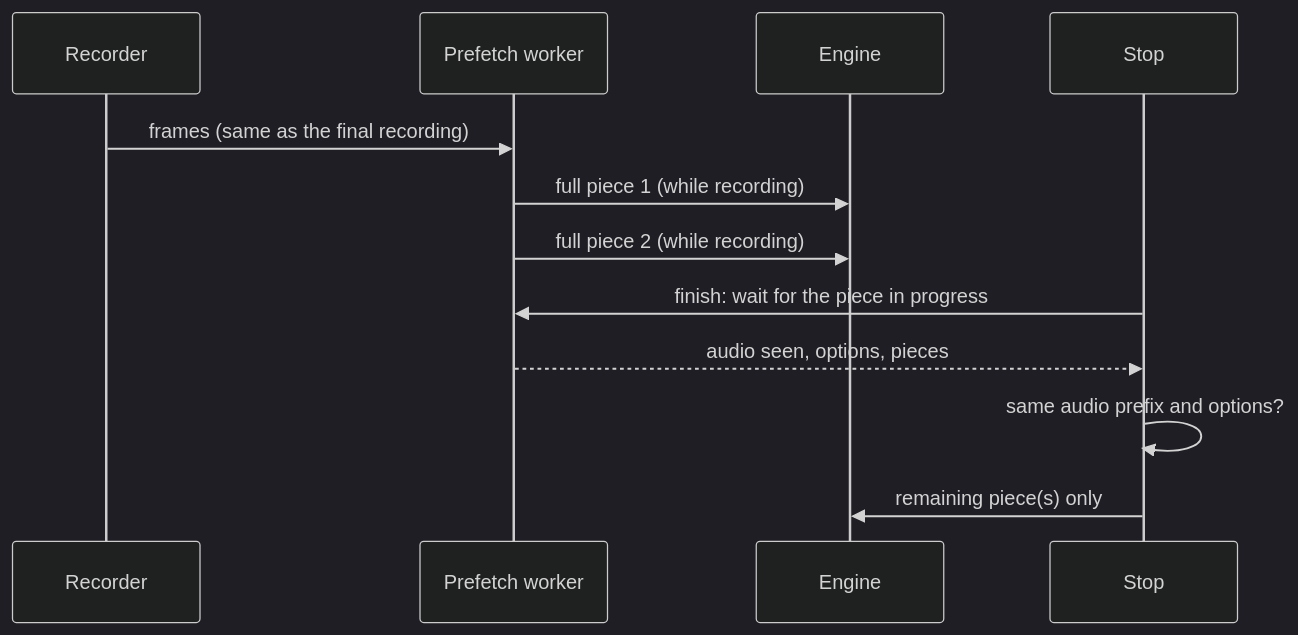
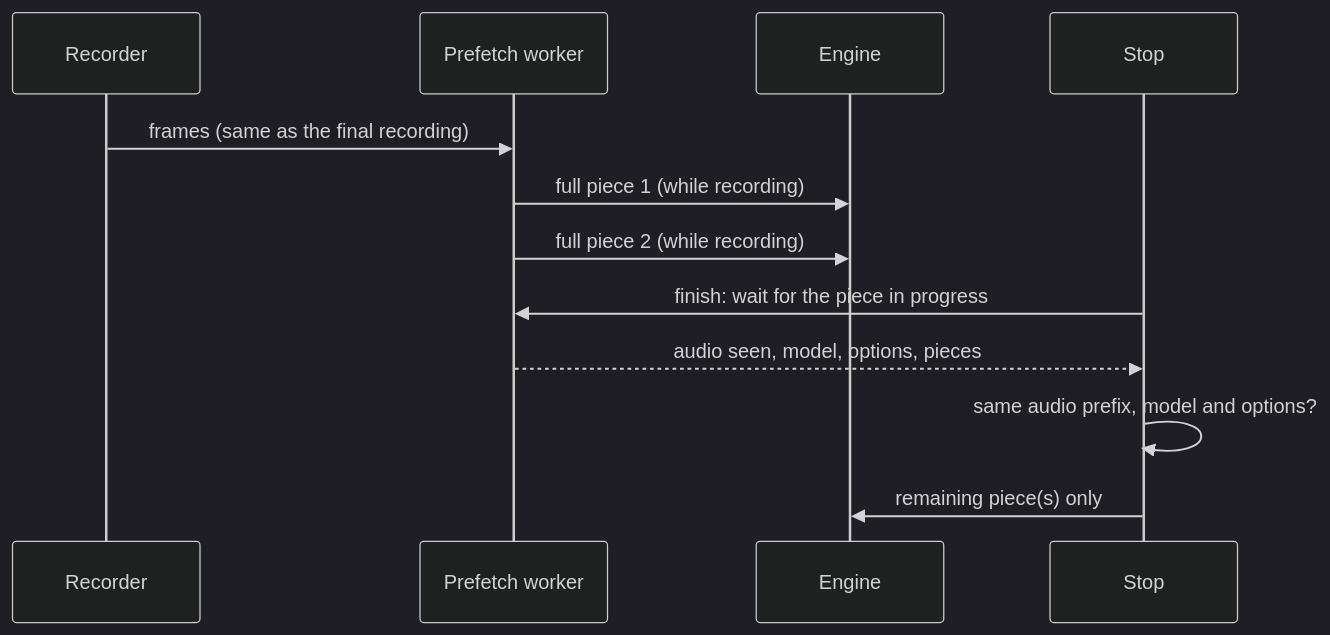
Before and after one commit to julien-m/handy: the diagram in .specs/features/022-transcribe-while-recording/spec.md, drawn with Mermaid (dark theme). The commit also changed other lines of this file and 3 other files, not shown here.

First line of the commit message:
fix(022): reuse pieces only from the same model and honour a cancel at the stop

````diff
--- a/.specs/features/022-transcribe-while-recording/spec.md
+++ b/.specs/features/022-transcribe-while-recording/spec.md
@@ -45,14 +45,14 @@
 ```mermaid
 sequenceDiagram
     participant R as Recorder
     participant P as Prefetch worker
     participant E as Engine
     participant S as Stop
     R->>P: frames (same as the final recording)
     P->>E: full piece 1 (while recording)
     P->>E: full piece 2 (while recording)
     S->>P: finish: wait for the piece in progress
-    P-->>S: audio seen, options, pieces
-    S->>S: same audio prefix and options?
+    P-->>S: audio seen, model, options, pieces
+    S->>S: same audio prefix, model and options?
     S->>E: remaining piece(s) only
 ```
````
